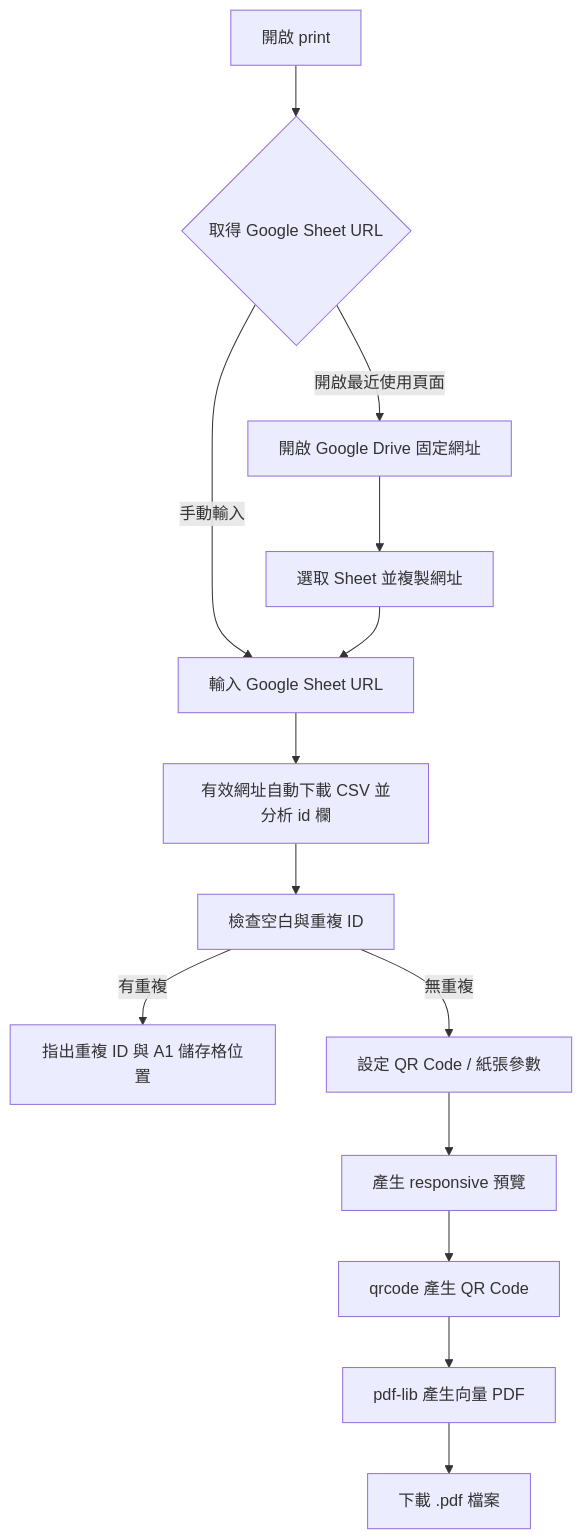
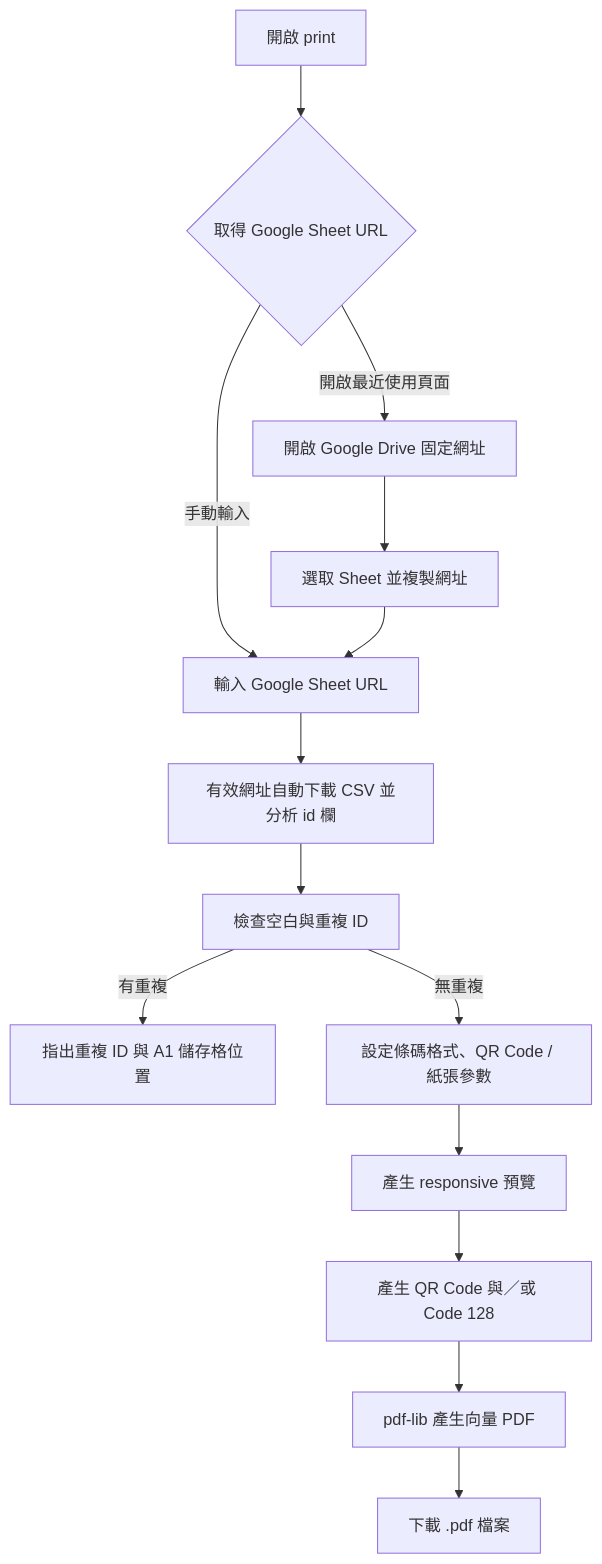
Before and after one commit to pulipulichen/Mobile-Inventory-Scanner: the diagram in print/README.md, drawn with Mermaid. The commit also changed other lines of this file and 19 other files, not shown here.

````diff
--- a/print/README.md
+++ b/print/README.md
@@ -55,16 +55,16 @@
 ```mermaid
 flowchart TB
     A["開啟 print"] --> B{"取得 Google Sheet URL"}
     B -->|"手動輸入"| C["輸入 Google Sheet URL"]
     B -->|"開啟最近使用頁面"| D["開啟 Google Drive 固定網址"]
     D --> E["選取 Sheet 並複製網址"]
     E --> C
     C --> F["有效網址自動下載 CSV 並分析 id 欄"]
     F --> G["檢查空白與重複 ID"]
     G -->|"有重複"| H["指出重複 ID 與 A1 儲存格位置"]
-    G -->|"無重複"| I["設定 QR Code / 紙張參數"]
+    G -->|"無重複"| I["設定條碼格式、QR Code / 紙張參數"]
     I --> J["產生 responsive 預覽"]
-    J --> K["qrcode 產生 QR Code"]
+    J --> K["產生 QR Code 與／或 Code 128"]
     K --> L["pdf-lib 產生向量 PDF"]
     L --> M["下載 .pdf 檔案"]
 ```
````
